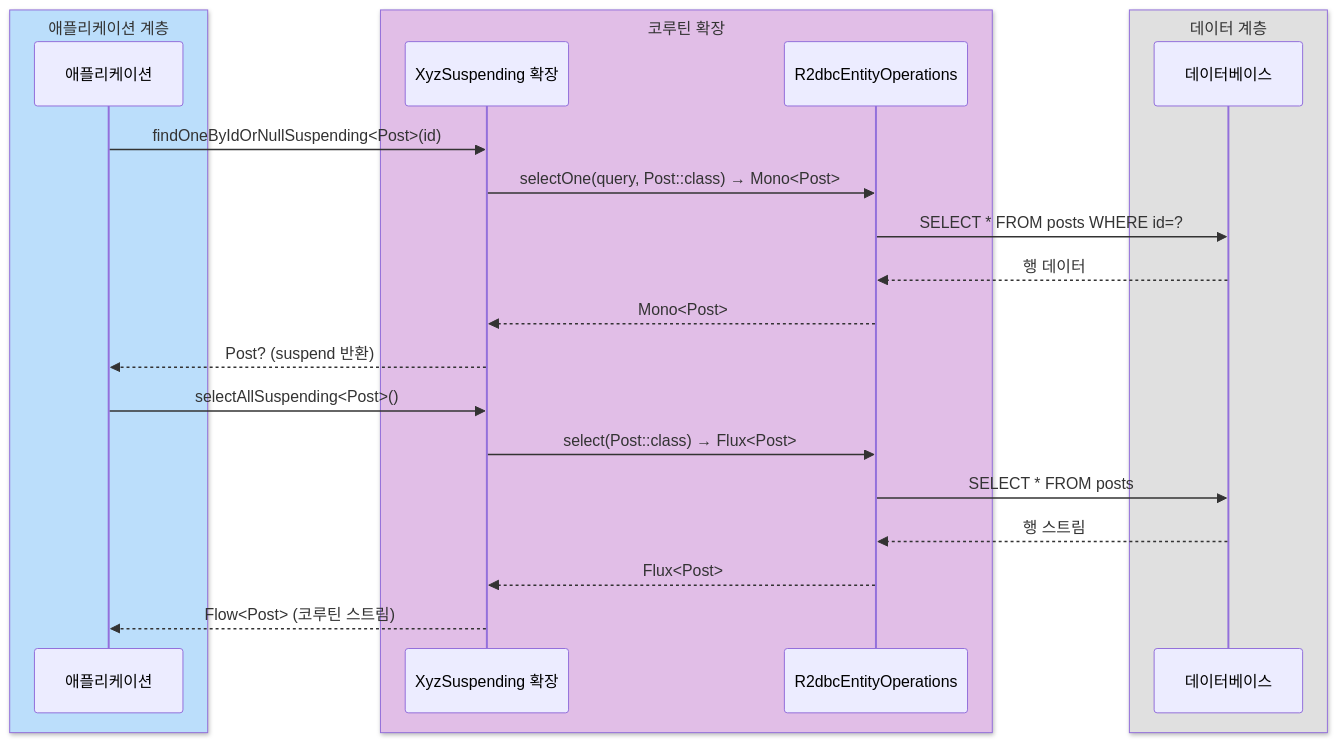
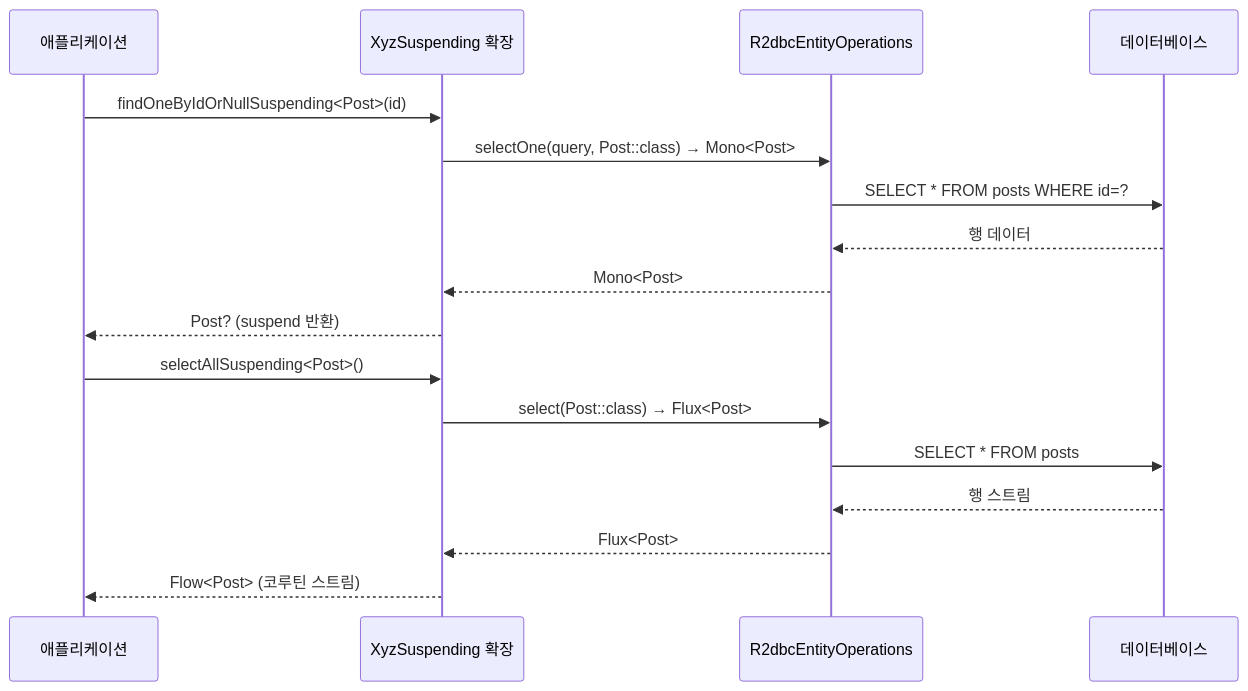
The fourth of 4 diagrams in spring-boot3/r2dbc/README.ko.md (bluetape4k/bluetape4k-projects), drawn with Mermaid before and after one commit. The commit also changed other lines of this file and 219 other files, not shown here.

First line of the commit message:
docs: 전체 README Mermaid 다이어그램 가이드 적용

````diff
--- a/spring-boot3/r2dbc/README.ko.md
+++ b/spring-boot3/r2dbc/README.ko.md
@@ -419,27 +419,21 @@
 ```mermaid
 sequenceDiagram
-    box rgb(187,222,251) 애플리케이션 계층
         participant App as 애플리케이션
-    end
-    box rgb(225,190,231) 코루틴 확장
         participant Ext as XyzSuspending 확장
         participant Ops as R2dbcEntityOperations
-    end
-    box rgb(224,224,224) 데이터 계층
         participant DB as 데이터베이스
-    end
 
     App->>Ext: findOneByIdOrNullSuspending<Post>(id)
     Ext->>Ops: selectOne(query, Post::class) → Mono<Post>
     Ops->>DB: SELECT * FROM posts WHERE id=?
     DB-->>Ops: 행 데이터
     Ops-->>Ext: Mono<Post>
     Ext-->>App: Post? (suspend 반환)
 
     App->>Ext: selectAllSuspending<Post>()
     Ext->>Ops: select(Post::class) → Flux<Post>
     Ops->>DB: SELECT * FROM posts
     DB-->>Ops: 행 스트림
     Ops-->>Ext: Flux<Post>
     Ext-->>App: Flow<Post> (코루틴 스트림)
 ```
````
